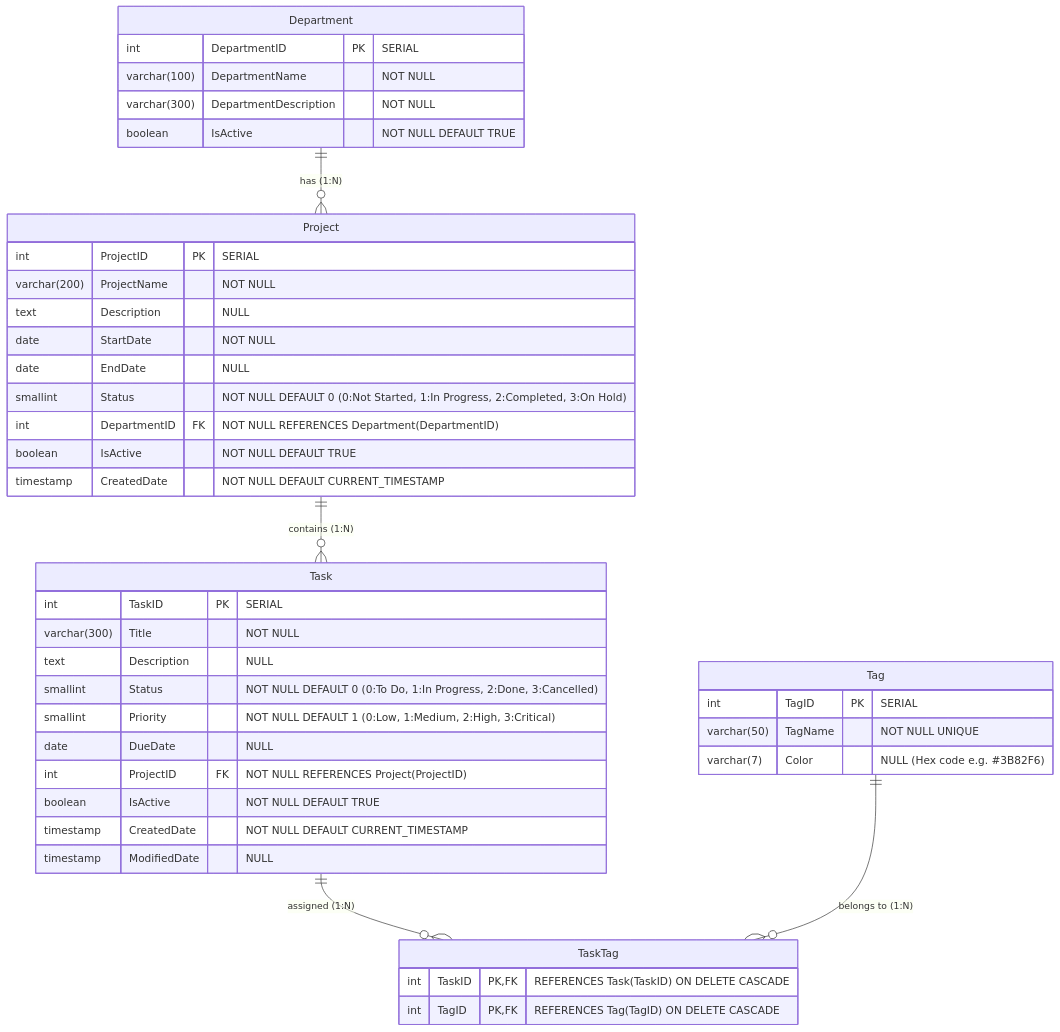
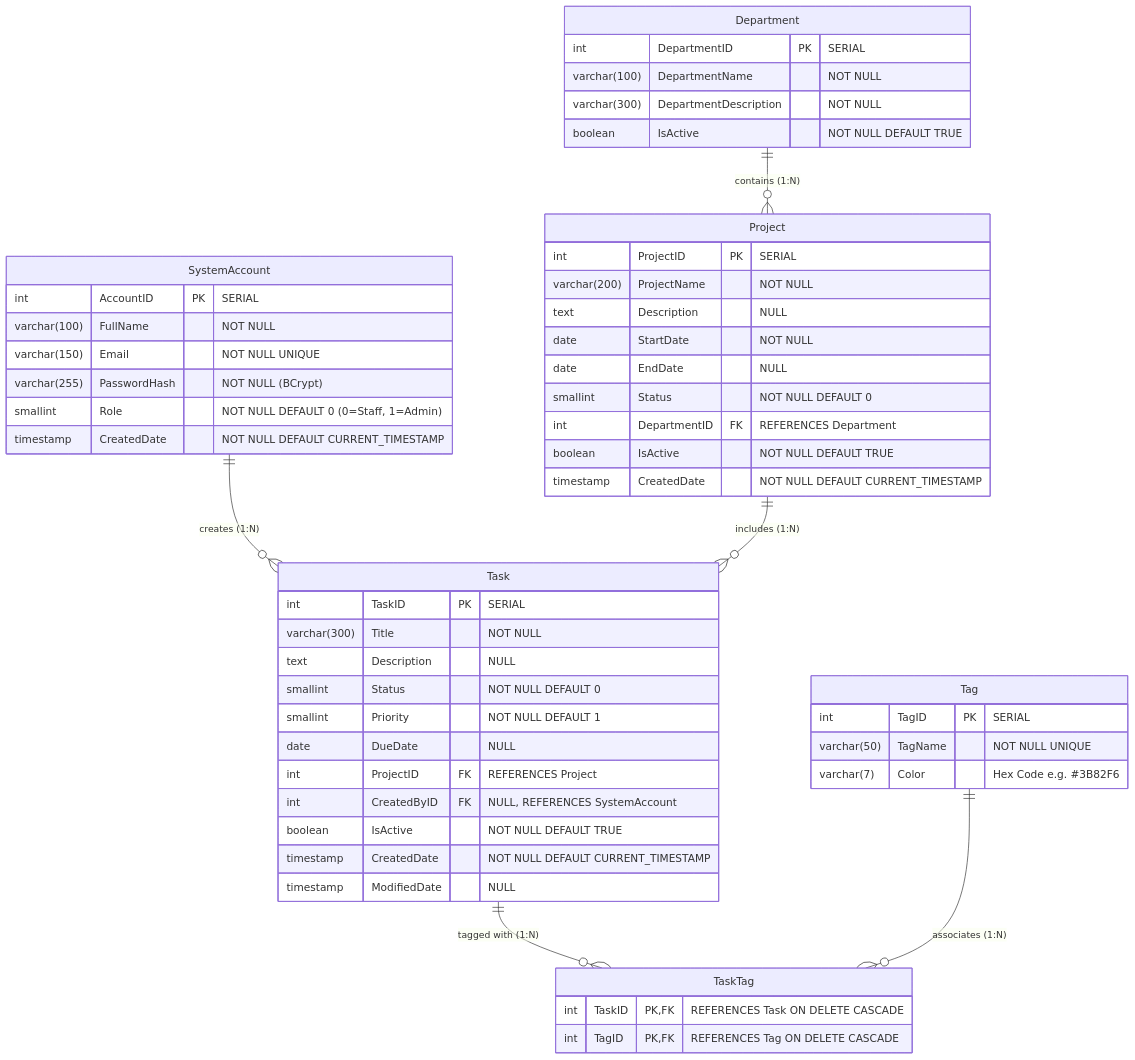
The first of 4 diagrams in README.md (TomOutfit/Assignment-2_PRN232_Fa26), drawn with Mermaid before and after one commit. The commit also changed other lines of this file and 4 other files, not shown here.

````diff
--- a/README.md
+++ b/README.md
@@ -43,50 +57,61 @@
 ```mermaid
 erDiagram
-    Department ||--o{ Project : "has (1:N)"
-    Project ||--o{ Task : "contains (1:N)"
-    Task ||--o{ TaskTag : "assigned (1:N)"
-    Tag ||--o{ TaskTag : "belongs to (1:N)"
+    SystemAccount ||--o{ Task : "creates (1:N)"
+    Department ||--o{ Project : "contains (1:N)"
+    Project ||--o{ Task : "includes (1:N)"
+    Task ||--o{ TaskTag : "tagged with (1:N)"
+    Tag ||--o{ TaskTag : "associates (1:N)"
+
+    SystemAccount {
+        int AccountID PK "SERIAL"
+        varchar(100) FullName "NOT NULL"
+        varchar(150) Email "NOT NULL UNIQUE"
+        varchar(255) PasswordHash "NOT NULL (BCrypt)"
+        smallint Role "NOT NULL DEFAULT 0 (0=Staff, 1=Admin)"
+        timestamp CreatedDate "NOT NULL DEFAULT CURRENT_TIMESTAMP"
+    }
 
     Department {
         int DepartmentID PK "SERIAL"
         varchar(100) DepartmentName "NOT NULL"
         varchar(300) DepartmentDescription "NOT NULL"
         boolean IsActive "NOT NULL DEFAULT TRUE"
     }
 
     Project {
         int ProjectID PK "SERIAL"
         varchar(200) ProjectName "NOT NULL"
         text Description "NULL"
         date StartDate "NOT NULL"
         date EndDate "NULL"
-        smallint Status "NOT NULL DEFAULT 0 (0:Not Started, 1:In Progress, 2:Completed, 3:On Hold)"
-        int DepartmentID FK "NOT NULL REFERENCES Department(DepartmentID)"
+        smallint Status "NOT NULL DEFAULT 0"
+        int DepartmentID FK "REFERENCES Department"
         boolean IsActive "NOT NULL DEFAULT TRUE"
         timestamp CreatedDate "NOT NULL DEFAULT CURRENT_TIMESTAMP"
     }
 
     Task {
         int TaskID PK "SERIAL"
         varchar(300) Title "NOT NULL"
         text Description "NULL"
-        smallint Status "NOT NULL DEFAULT 0 (0:To Do, 1:In Progress, 2:Done, 3:Cancelled)"
-        smallint Priority "NOT NULL DEFAULT 1 (0:Low, 1:Medium, 2:High, 3:Critical)"
+        smallint Status "NOT NULL DEFAULT 0"
+        smallint Priority "NOT NULL DEFAULT 1"
         date DueDate "NULL"
-        int ProjectID FK "NOT NULL REFERENCES Project(ProjectID)"
+        int ProjectID FK "REFERENCES Project"
+        int CreatedByID FK "NULL, REFERENCES SystemAccount"
         boolean IsActive "NOT NULL DEFAULT TRUE"
         timestamp CreatedDate "NOT NULL DEFAULT CURRENT_TIMESTAMP"
         timestamp ModifiedDate "NULL"
     }
 
     Tag {
         int TagID PK "SERIAL"
         varchar(50) TagName "NOT NULL UNIQUE"
-        varchar(7) Color "NULL (Hex code e.g. #3B82F6)"
+        varchar(7) Color "Hex Code e.g. #3B82F6"
     }
 
     TaskTag {
-        int TaskID PK,FK "REFERENCES Task(TaskID) ON DELETE CASCADE"
-        int TagID PK,FK "REFERENCES Tag(TagID) ON DELETE CASCADE"
+        int TaskID PK, FK "REFERENCES Task ON DELETE CASCADE"
+        int TagID PK, FK "REFERENCES Tag ON DELETE CASCADE"
     }
 ```
````
